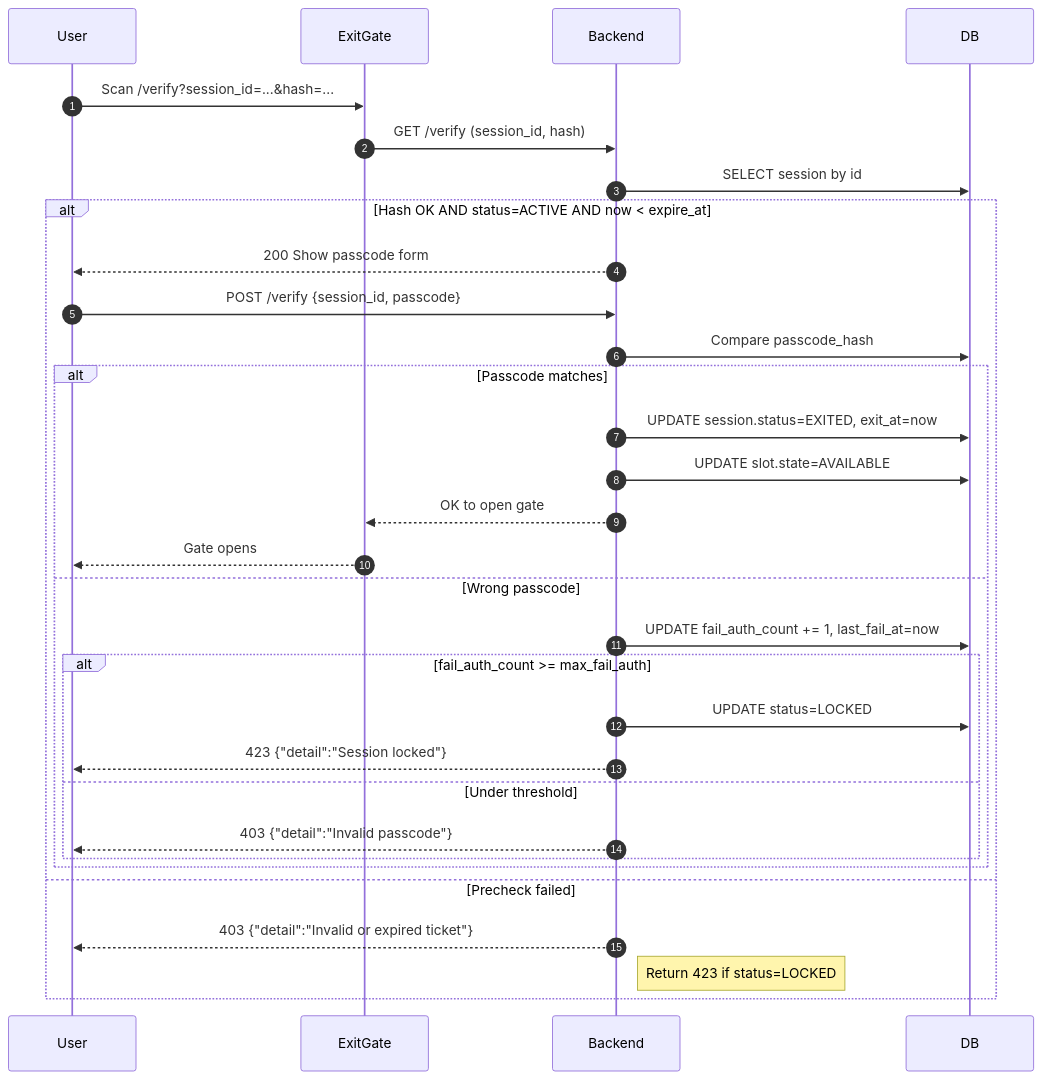
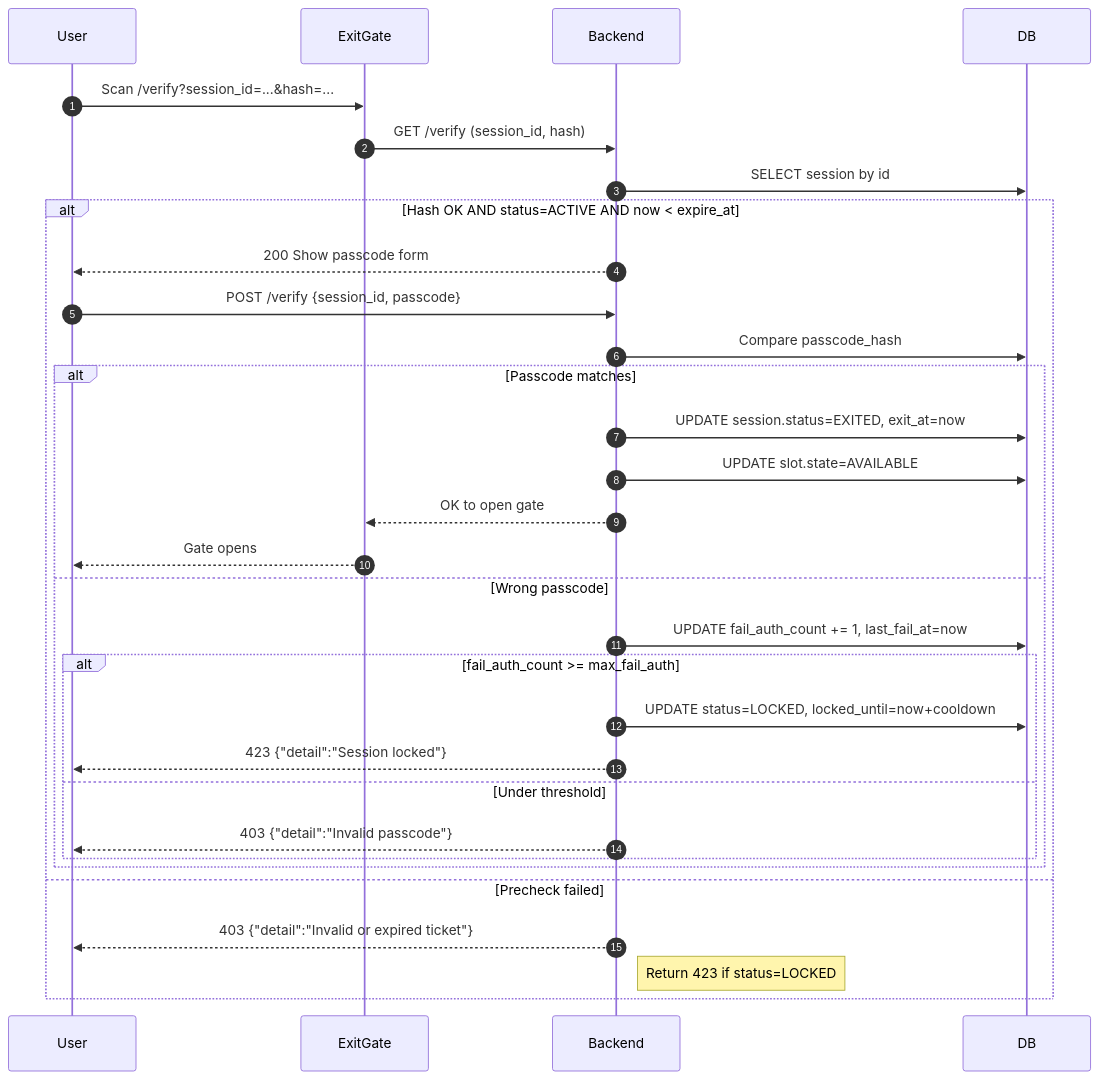
One commit to bvkjdbdbbd/hello changed the third of 3 diagrams in README.md. Above: the diagram before and after it, drawn with Mermaid. The commit also changed other lines of this file, not shown here.

````diff
--- a/README.md
+++ b/README.md
@@ -151,34 +154,35 @@
 ```mermaid
 sequenceDiagram
   autonumber
   participant User
   participant ExitGate
   participant Backend
   participant DB
 
   User->>ExitGate: Scan /verify?session_id=...&hash=...
   ExitGate->>Backend: GET /verify (session_id, hash)
   Backend->>DB: SELECT session by id
   alt Hash OK AND status=ACTIVE AND now < expire_at
     Backend-->>User: 200 Show passcode form
     User->>Backend: POST /verify {session_id, passcode}
     Backend->>DB: Compare passcode_hash
     alt Passcode matches
       Backend->>DB: UPDATE session.status=EXITED, exit_at=now
       Backend->>DB: UPDATE slot.state=AVAILABLE
       Backend-->>ExitGate: OK to open gate
       ExitGate-->>User: Gate opens
     else Wrong passcode
       Backend->>DB: UPDATE fail_auth_count += 1, last_fail_at=now
       alt fail_auth_count >= max_fail_auth
-        Backend->>DB: UPDATE status=LOCKED
+        Backend->>DB: UPDATE status=LOCKED, locked_until=now+cooldown
         Backend-->>User: 423 {"detail":"Session locked"}
       else Under threshold
         Backend-->>User: 403 {"detail":"Invalid passcode"}
       end
     end
   else Precheck failed
     Backend-->>User: 403 {"detail":"Invalid or expired ticket"}
     Note right of Backend: Return 423 if status=LOCKED
   end
+
 ```
````
